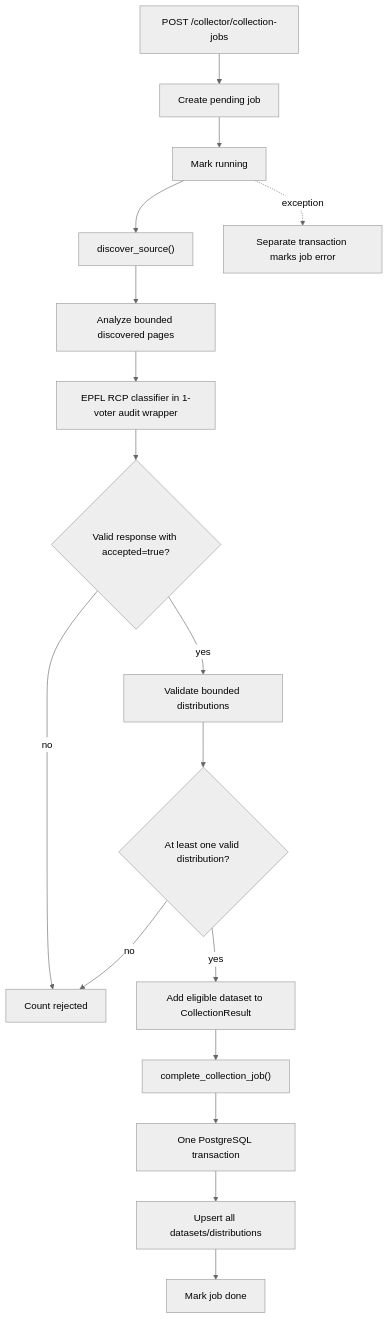
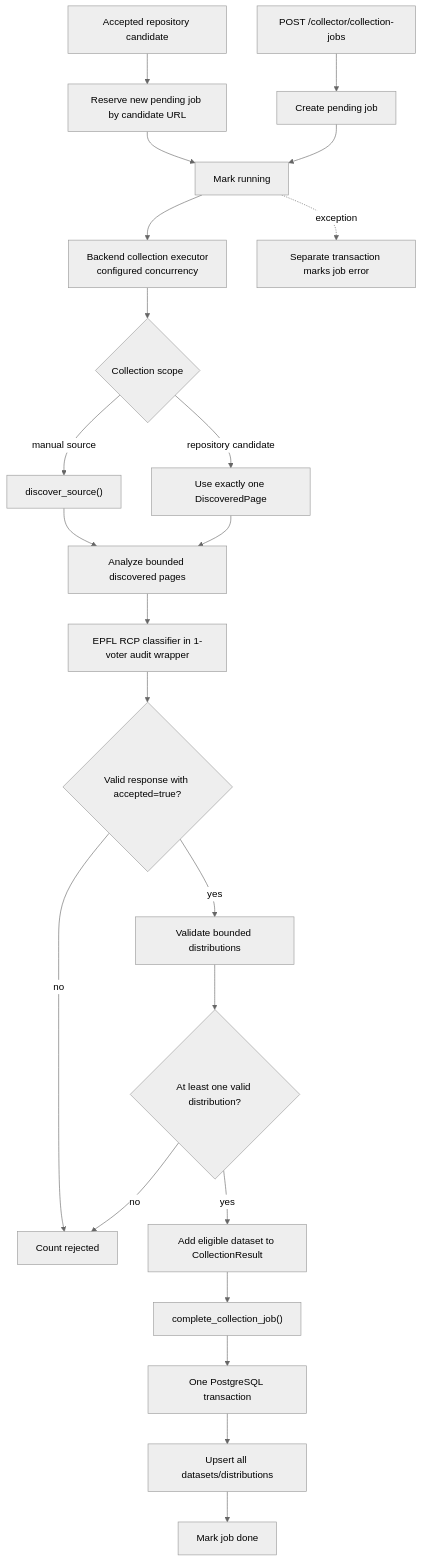
One commit to nicolasberlin/global-health-dataset-catalog changed the fourth of 4 diagrams in docs/technical-design-document.md. Above: the diagram before and after it, drawn with Mermaid (neutral theme). The commit also changed other lines of this file and 13 other files, not shown here.

Commit message:
feat: collect accepted repository candidates

````diff
--- a/docs/technical-design-document.md
+++ b/docs/technical-design-document.md
@@ -143,19 +191,25 @@
 ```mermaid
 flowchart TD
-    Start["POST /collector/collection-jobs"] --> Pending["Create pending job"]
+    Manual["POST /collector/collection-jobs"] --> Pending["Create pending job"]
+    Automatic["Accepted repository candidate"] --> AutoPending["Reserve new pending job by candidate URL"]
+    AutoPending --> Running
     Pending --> Running["Mark running"]
-    Running --> Discover["discover_source()"]
+    Running --> Bounded["Backend collection executor<br/>configured concurrency"]
+    Bounded --> Scope{"Collection scope"}
+    Scope -->|manual source| Discover["discover_source()"]
+    Scope -->|repository candidate| Single["Use exactly one DiscoveredPage"]
     Discover --> Analyze["Analyze bounded discovered pages"]
+    Single --> Analyze
     Analyze --> PageClassifier["EPFL RCP classifier in 1-voter audit wrapper"]
     PageClassifier --> Accepted{"Valid response with accepted=true?"}
     Accepted -->|no| Reject["Count rejected"]
     Accepted -->|yes| Validate["Validate bounded distributions"]
     Validate --> HasFile{"At least one valid distribution?"}
     HasFile -->|no| Reject
     HasFile -->|yes| Result["Add eligible dataset to CollectionResult"]
     Result --> Complete["complete_collection_job()"]
     Complete --> Transaction["One PostgreSQL transaction"]
     Transaction --> Save["Upsert all datasets/distributions"]
     Save --> Done["Mark job done"]
     Running -. exception .-> Error["Separate transaction marks job error"]
 ```
````
